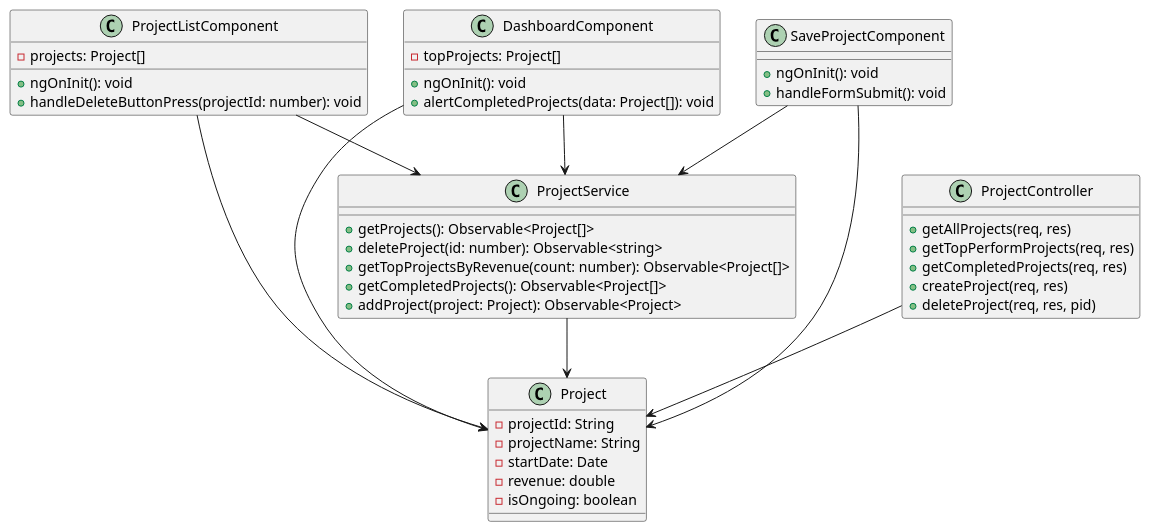
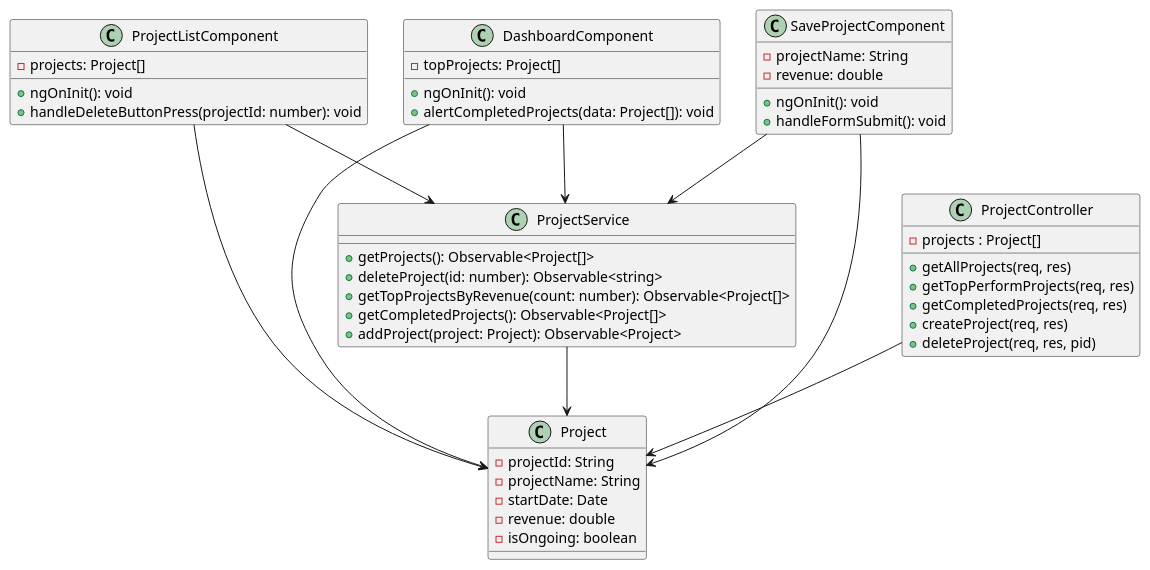
The second of 2 diagrams in diagrams/angular/angular.md (haturusinghe/project-dashboard-angular), drawn with PlantUML before and after one commit. The commit also changed 1 other file, not shown here.

Commit message:
minor change

````diff
--- a/diagrams/angular/angular.md
+++ b/diagrams/angular/angular.md
@@ -90,69 +90,72 @@
 ```plantuml
 @startuml
 top to bottom direction
 
 class ProjectService{
     +getProjects(): Observable<Project[]>
     +deleteProject(id: number): Observable<string>
     +getTopProjectsByRevenue(count: number): Observable<Project[]>
     +getCompletedProjects(): Observable<Project[]>
     +addProject(project: Project): Observable<Project>
 }
 
 class Project{
     -projectId: String
     -projectName: String
     -startDate: Date
     -revenue: double
     -isOngoing: boolean
 }
 
 class ProjectListComponent{
     -projects: Project[]
     +ngOnInit(): void
     +handleDeleteButtonPress(projectId: number): void
 }
 
 class DashboardComponent{
     -topProjects: Project[]
     +ngOnInit(): void
     +alertCompletedProjects(data: Project[]): void
 }
 
 class SaveProjectComponent{
+    -projectName: String
+    -revenue: double
     +ngOnInit(): void
     +handleFormSubmit(): void
 }
 
 class ProjectController {
+    -projects : Project[]
   +getAllProjects(req, res)
   +getTopPerformProjects(req, res)
   +getCompletedProjects(req, res)
   +createProject(req, res)
   +deleteProject(req, res, pid)
 }
 
 
 
 
 
 
 
 ProjectListComponent --> ProjectService
 DashboardComponent --> ProjectService
 SaveProjectComponent --> ProjectService
 
 ProjectListComponent --> Project
 DashboardComponent --> Project
 SaveProjectComponent --> Project
 
 ProjectService --> Project
 ProjectController --> Project
 
 
 
 
 @enduml
 
 
 ```
````
